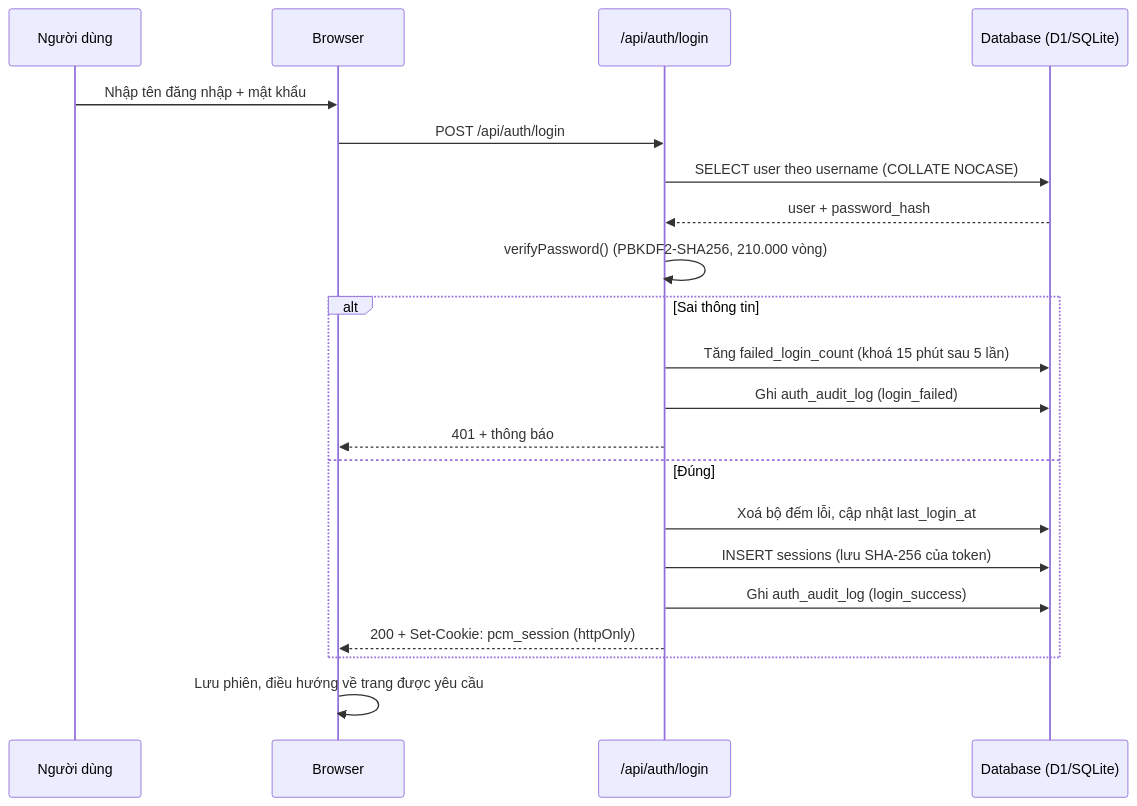
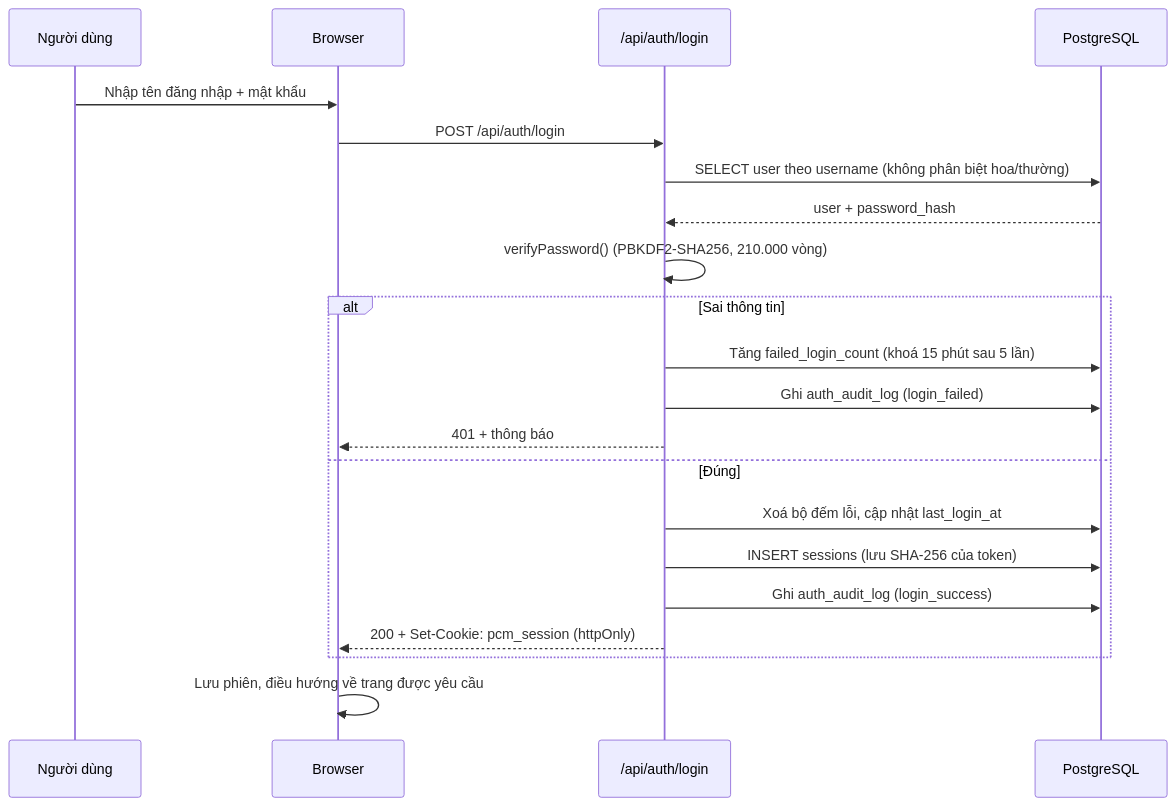
One commit to ngducnhatt/pcm-vanhanh changed the second of 2 diagrams in README.md. Above: the diagram before and after it, drawn with Mermaid. The commit also changed other lines of this file and 53 other files, not shown here.

````diff
--- a/README.md
+++ b/README.md
@@ -94,24 +93,24 @@
 ```mermaid
 sequenceDiagram
     participant U as Người dùng
     participant B as Browser
     participant A as /api/auth/login
-    participant D as Database (D1/SQLite)
+    participant D as PostgreSQL
 
     U->>B: Nhập tên đăng nhập + mật khẩu
     B->>A: POST /api/auth/login
-    A->>D: SELECT user theo username (COLLATE NOCASE)
+    A->>D: SELECT user theo username (không phân biệt hoa/thường)
     D-->>A: user + password_hash
     A->>A: verifyPassword() (PBKDF2-SHA256, 210.000 vòng)
     alt Sai thông tin
         A->>D: Tăng failed_login_count (khoá 15 phút sau 5 lần)
         A->>D: Ghi auth_audit_log (login_failed)
         A-->>B: 401 + thông báo
     else Đúng
         A->>D: Xoá bộ đếm lỗi, cập nhật last_login_at
         A->>D: INSERT sessions (lưu SHA-256 của token)
         A->>D: Ghi auth_audit_log (login_success)
         A-->>B: 200 + Set-Cookie: pcm_session (httpOnly)
     end
     B->>B: Lưu phiên, điều hướng về trang được yêu cầu
 ```
````
